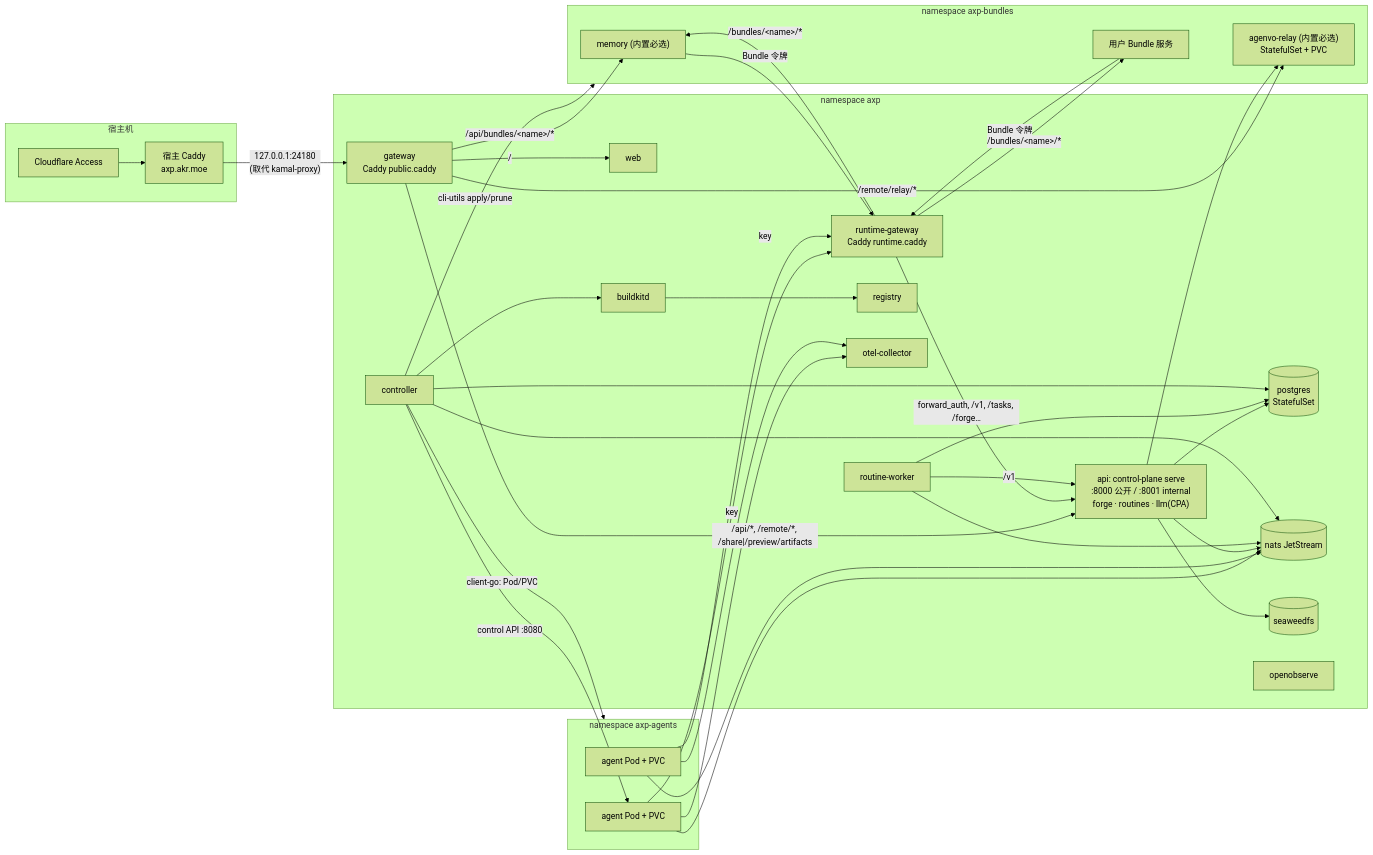
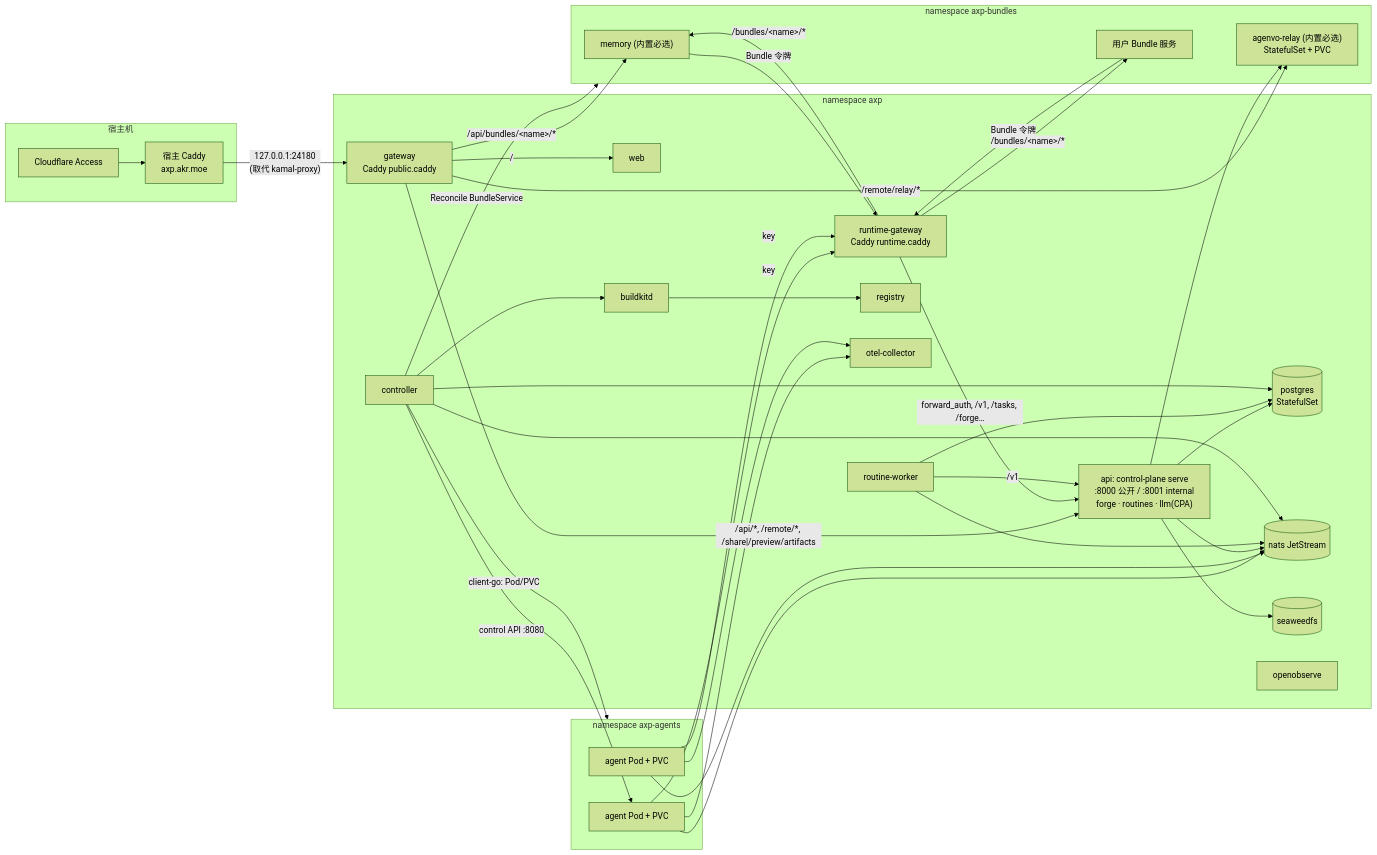
Before and after one commit to 0xfe-project/eta: the diagram in docs/research/27-k3s-bundle-services.md, drawn with Mermaid (forest theme). The commit also changed other lines of this file, not shown here.

Commit message:
docs: Bundle 服务改用一个 BundleService CRD，比较 CRD 与 cli-utils 方案

````diff
--- a/docs/research/27-k3s-bundle-services.md
+++ b/docs/research/27-k3s-bundle-services.md
@@ -31,51 +31,51 @@
 ```mermaid
 flowchart LR
   subgraph Edge["宿主机"]
     CF["Cloudflare Access"] --> HC["宿主 Caddy<br/>axp.akr.moe"]
   end
   HC -->|"127.0.0.1:24180<br/>(取代 kamal-proxy)"| GW
 
   subgraph NSCore["namespace axp"]
     GW["gateway<br/>Caddy public.caddy"]
     RGW["runtime-gateway<br/>Caddy runtime.caddy"]
     WEB["web"]
     API["api: control-plane serve<br/>:8000 公开 / :8001 internal<br/>forge · routines · llm(CPA)"]
     RW["routine-worker"]
     CTL["controller"]
     BK["buildkitd"]
     REG["registry"]
     PG[("postgres<br/>StatefulSet")]
     NATS[("nats JetStream")]
     S3[("seaweedfs")]
     OO["openobserve"]
     OTC["otel-collector"]
   end
 
   subgraph NSAgents["namespace axp-agents"]
     A1["agent Pod + PVC"]
     A2["agent Pod + PVC"]
   end
 
   subgraph NSBundles["namespace axp-bundles"]
     MEM["memory (内置必选)"]
     RELAY["agenvo-relay (内置必选)<br/>StatefulSet + PVC"]
     UB["用户 Bundle 服务"]
   end
 
   GW -->|"/api/*, /remote/*, /share|/preview/artifacts"| API
   GW -->|"/"| WEB
   GW -->|"/api/bundles/&lt;name&gt;/*"| MEM
   GW -->|"/remote/relay/*"| RELAY
   A1 & A2 -->|"key"| RGW
   UB & MEM -->|"Bundle 令牌"| RGW
   RGW -->|"forward_auth, /v1, /tasks, /forge…"| API
   RGW -->|"/bundles/&lt;name&gt;/*"| MEM & UB
   A1 & A2 --> NATS & OTC
   CTL -->|"client-go: Pod/PVC"| NSAgents
-  CTL -->|"cli-utils apply/prune"| NSBundles
+  CTL -->|"Reconcile BundleService"| NSBundles
   CTL -->|"control API :8080"| A1
   CTL --> BK --> REG
   RW -->|"/v1"| API
   API & RW & CTL --> PG & NATS
   API --> S3 & RELAY
 ```
````
